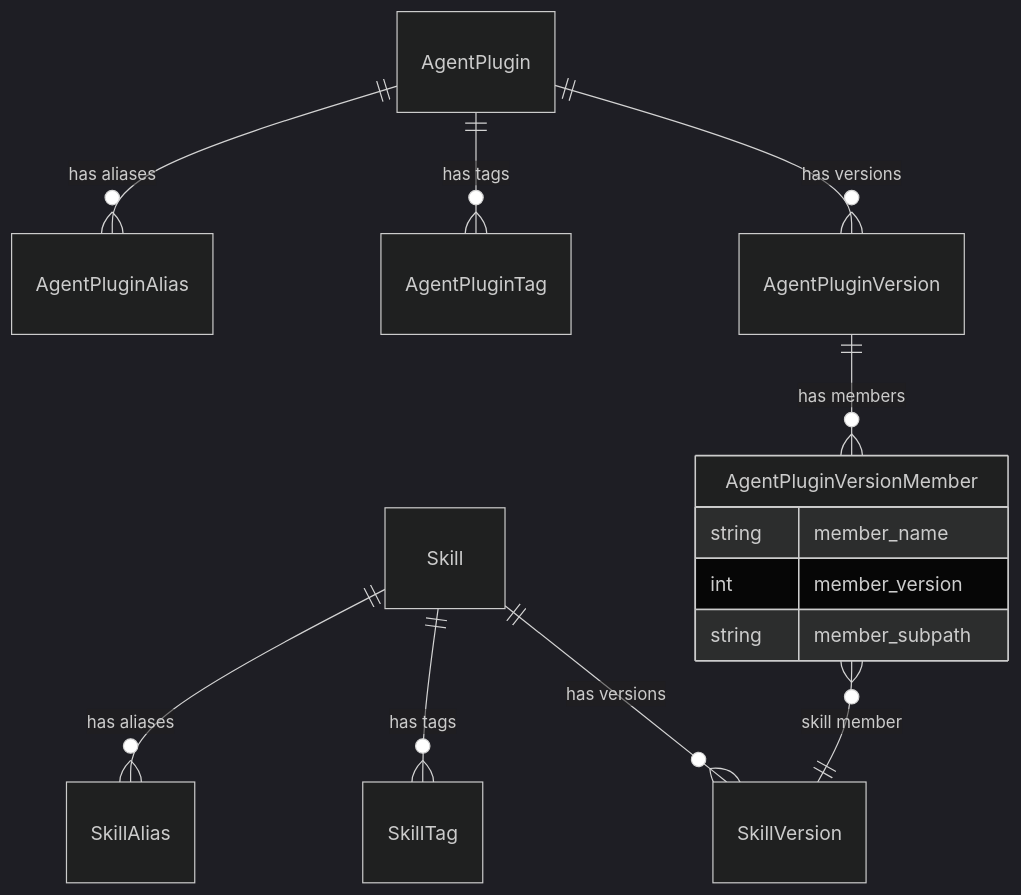
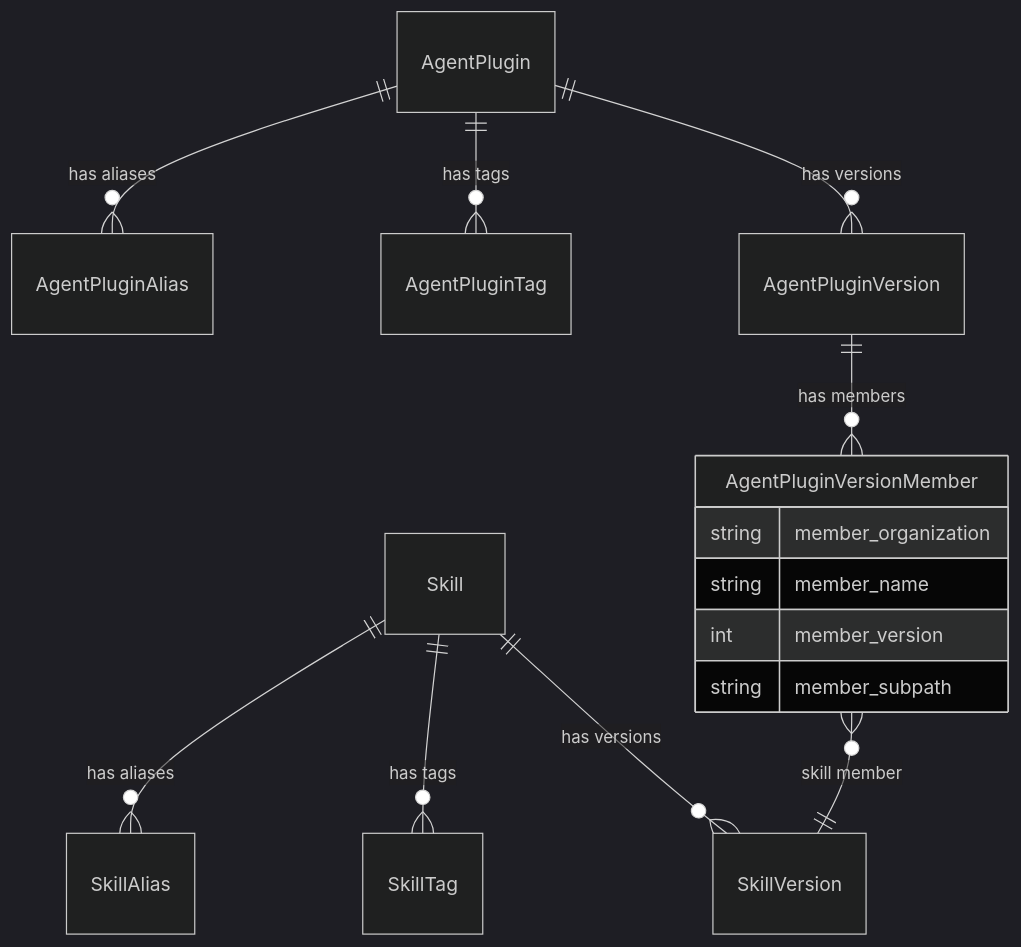
One commit to jwm4/rfcs changed the first of 2 diagrams in rfcs/0008-mvp-skill-registry/0008-mvp-skill-registry.md. Above: the diagram before and after it, drawn with Mermaid (dark theme). The commit also changed other lines of this file and 1 other file, not shown here.

First line of the commit message:
Replace UUID identity with (workspace, organization, name) composite key

````diff
--- a/rfcs/0008-mvp-skill-registry/0008-mvp-skill-registry.md
+++ b/rfcs/0008-mvp-skill-registry/0008-mvp-skill-registry.md
@@ -454,17 +454,18 @@
 ```mermaid
 erDiagram
 Skill ||--o{ SkillVersion : "has versions"
 Skill ||--o{ SkillTag : "has tags"
 Skill ||--o{ SkillAlias : "has aliases"
 AgentPlugin ||--o{ AgentPluginVersion : "has versions"
 AgentPlugin ||--o{ AgentPluginTag : "has tags"
 AgentPlugin ||--o{ AgentPluginAlias : "has aliases"
 AgentPluginVersion ||--o{ AgentPluginVersionMember : "has members"
 AgentPluginVersionMember }o--|| SkillVersion : "skill member"
 
 AgentPluginVersionMember {
+  string member_organization
   string member_name
   int member_version
   string member_subpath
 }
 ```
````
